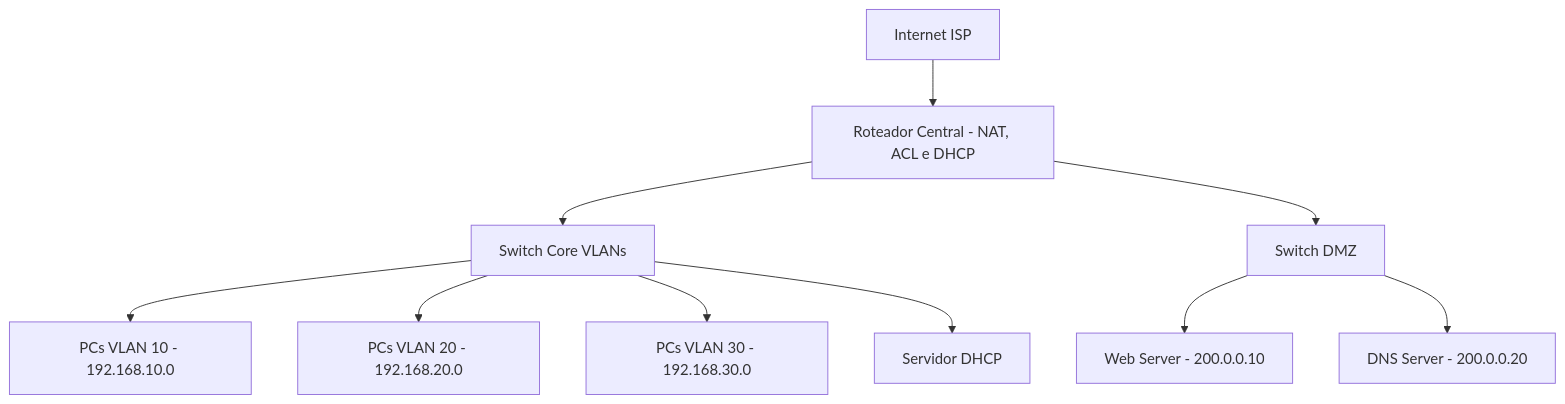
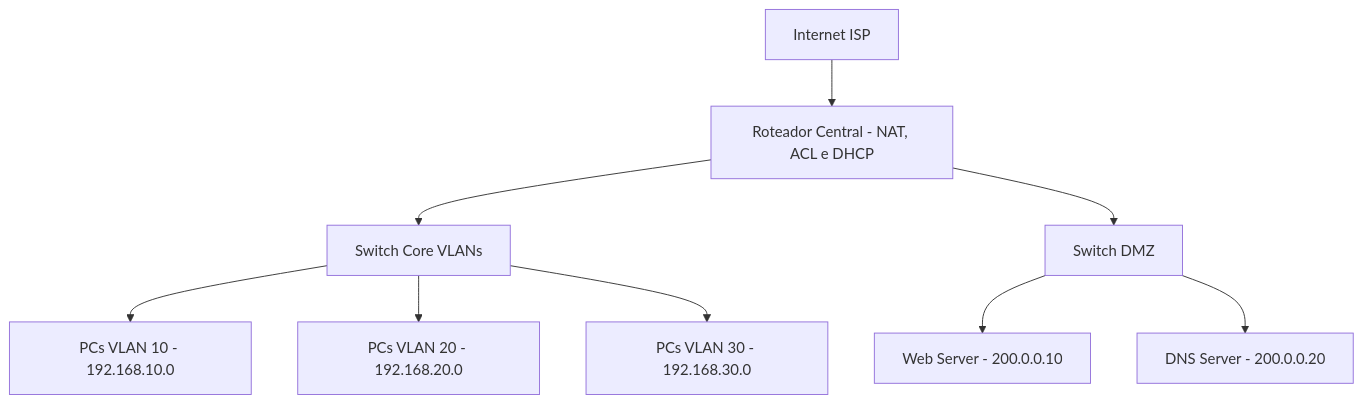
Before and after one commit to profAndreSouza/Material: the diagram in Redes de Computadores/14 Projeto prático.md, drawn with Mermaid.

````diff
--- a/Redes de Computadores/14 Projeto prático.md
+++ b/Redes de Computadores/14 Projeto prático.md
@@ -10,30 +10,28 @@
 ```mermaid
 
 graph TD
     ISP[Internet ISP]
     R1[Roteador Central - NAT, ACL e DHCP]
     SW_Core[Switch Core VLANs]
     SW_DMZ[Switch DMZ]
 
     VLAN10[PCs VLAN 10 - 192.168.10.0]
     VLAN20[PCs VLAN 20 - 192.168.20.0]
     VLAN30[PCs VLAN 30 - 192.168.30.0]
 
     DMZ_WEB[Web Server - 200.0.0.10]
     DMZ_DNS[DNS Server - 200.0.0.20]
-    DHCP_SRV[Servidor DHCP]
 
     ISP --> R1
     R1 --> SW_Core
     R1 --> SW_DMZ
 
     SW_Core --> VLAN10
     SW_Core --> VLAN20
     SW_Core --> VLAN30
-    SW_Core --> DHCP_SRV
 
     SW_DMZ --> DMZ_WEB
     SW_DMZ --> DMZ_DNS
 
 
 ```
````
